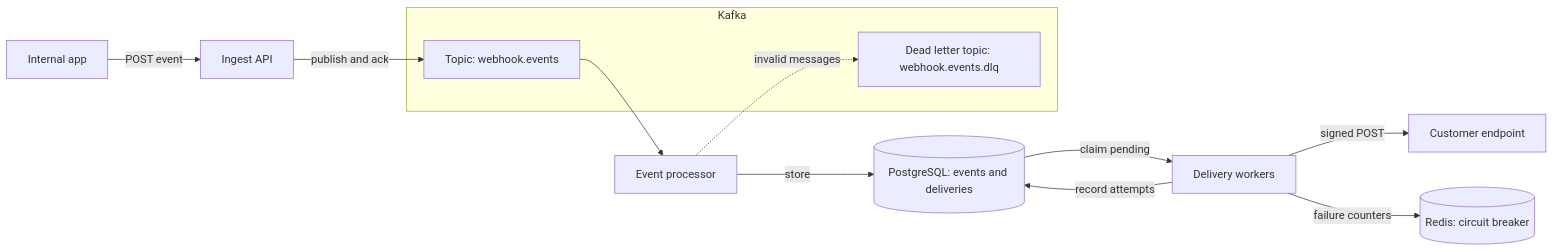
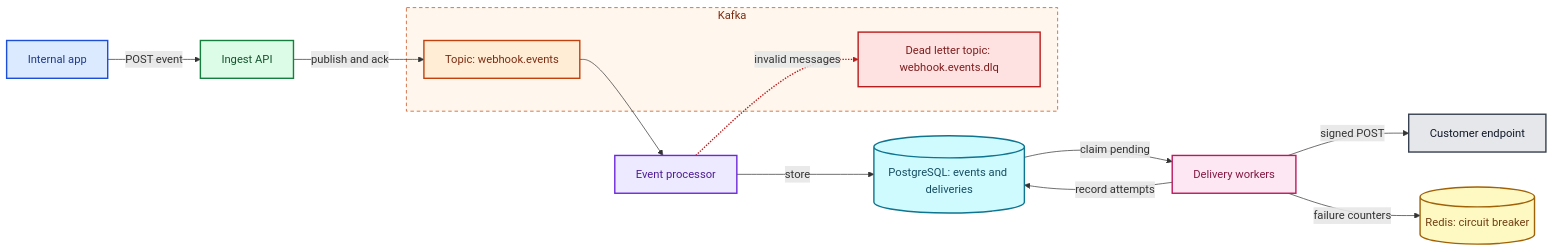
One commit to shubhzam/web-hooks changed the first of 2 diagrams in README.md. Above: the diagram before and after it, drawn with Mermaid. The commit also changed other lines of this file, not shown here.

Commit message:
feat: readme updated

````diff
--- a/README.md
+++ b/README.md
@@ -7,16 +7,38 @@
 ```mermaid
 flowchart LR
   app["Internal app"] -->|"POST event"| ingest["Ingest API"]
   subgraph kafka["Kafka"]
     topic["Topic: webhook.events"]
     dlq["Dead letter topic: webhook.events.dlq"]
   end
   ingest -->|"publish and ack"| topic
   topic --> proc["Event processor"]
   proc -.->|"invalid messages"| dlq
   proc -->|"store"| pg[("PostgreSQL: events and deliveries")]
   pg -->|"claim pending"| workers["Delivery workers"]
   workers -->|"record attempts"| pg
   workers -->|"signed POST"| cust["Customer endpoint"]
   workers -->|"failure counters"| redis[("Redis: circuit breaker")]
+
+  classDef producer fill:#dbeafe,stroke:#1d4ed8,stroke-width:2px,color:#1e3a8a
+  classDef api fill:#dcfce7,stroke:#15803d,stroke-width:2px,color:#14532d
+  classDef broker fill:#ffedd5,stroke:#c2410c,stroke-width:2px,color:#7c2d12
+  classDef deadletter fill:#fee2e2,stroke:#b91c1c,stroke-width:2px,color:#7f1d1d
+  classDef processor fill:#ede9fe,stroke:#6d28d9,stroke-width:2px,color:#4c1d95
+  classDef database fill:#cffafe,stroke:#0e7490,stroke-width:2px,color:#164e63
+  classDef worker fill:#fce7f3,stroke:#be185d,stroke-width:2px,color:#831843
+  classDef customer fill:#e5e7eb,stroke:#374151,stroke-width:2px,color:#111827
+  classDef cache fill:#fef9c3,stroke:#a16207,stroke-width:2px,color:#713f12
+
+  class app producer
+  class ingest api
+  class topic broker
+  class dlq deadletter
+  class proc processor
+  class pg database
+  class workers worker
+  class cust customer
+  class redis cache
+  style kafka fill:#fff7ed,stroke:#c2410c,stroke-dasharray:5 4,color:#7c2d12
+  linkStyle 3 stroke:#b91c1c,stroke-width:2px
 ```
````
